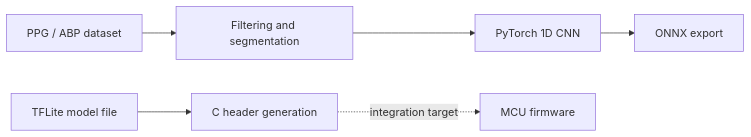
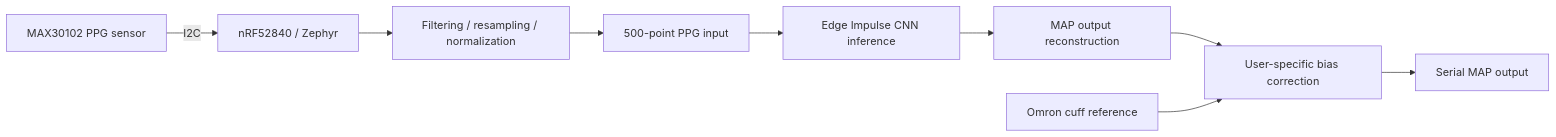
The diagram in README.md (DooJinWon/TinyML-Based-Low-Energy-Device-for-Blood-Pressure-Estimation-Using-PPG-Signal-Analysis), drawn with Mermaid before and after one commit. The commit also changed other lines of this file, not shown here.

````diff
--- a/README.md
+++ b/README.md
@@ -13,8 +11,11 @@
 ```mermaid
 flowchart LR
-  A[PPG / ABP dataset] --> B[Filtering and segmentation]
-  B --> C[PyTorch 1D CNN]
-  C --> D[ONNX export]
-  E[TFLite model file] --> F[C header generation]
-  F -. integration target .-> G[MCU firmware]
+ A[MAX30102 PPG sensor] -->|I2C| B[nRF52840 / Zephyr]
+ B --> C[Filtering / resampling / normalization]
+ C --> D[500-point PPG input]
+ D --> E[Edge Impulse CNN inference]
+ E --> F[MAP output reconstruction]
+ F --> G[User-specific bias correction]
+ G --> H[Serial MAP output]
+ I[Omron cuff reference] --> G
 ```
````
